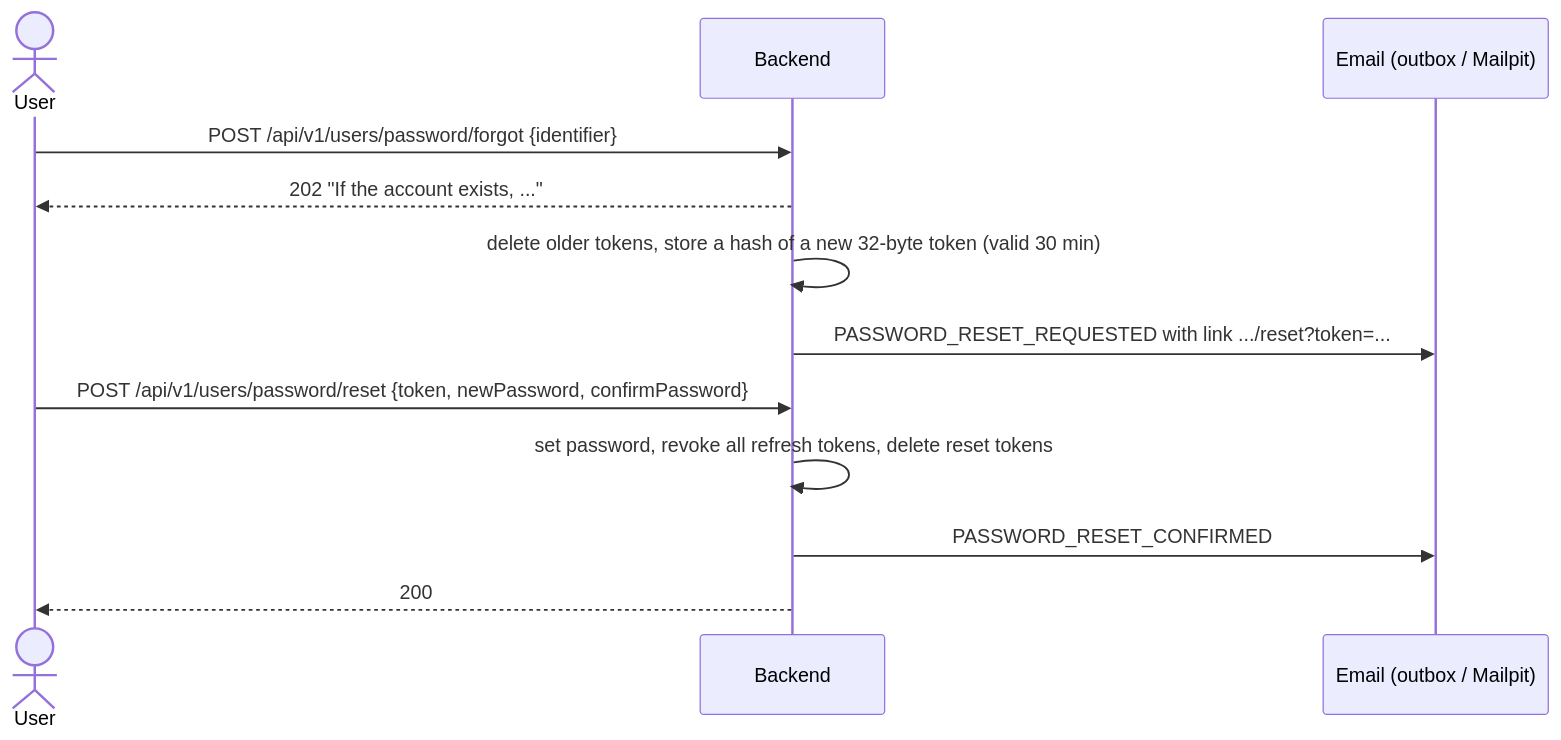
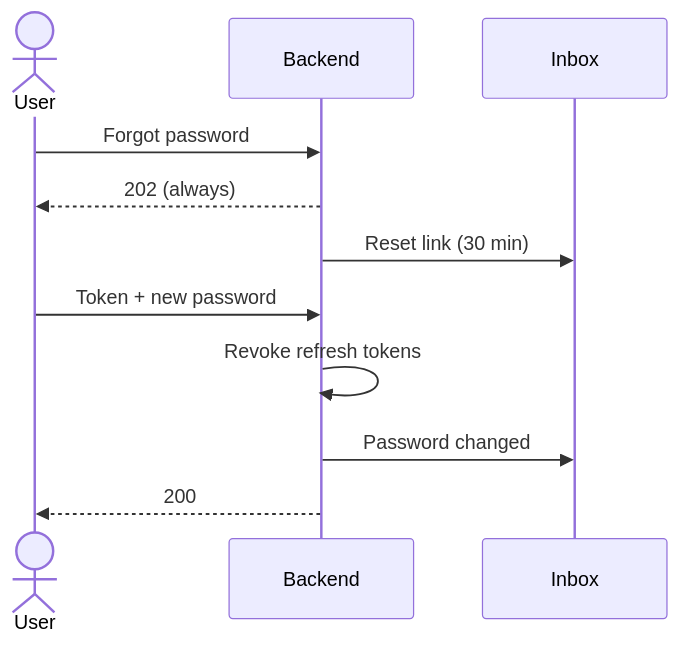
The fourth of 5 diagrams in docs-site/docs/flows/accounts.md (slawekradzyminski/awesome-localstack), drawn with Mermaid before and after one commit. The commit also changed other lines of this file and 27 other files, not shown here.

First line of the commit message:
Fix unrendered wiki diagrams and make every diagram readable

````diff
--- a/docs-site/docs/flows/accounts.md
+++ b/docs-site/docs/flows/accounts.md
@@ -102,14 +100,13 @@
 ```mermaid
 sequenceDiagram
     actor U as User
     participant B as Backend
-    participant M as Email (outbox / Mailpit)
-    U->>B: POST /api/v1/users/password/forgot {identifier}
-    B-->>U: 202 "If the account exists, ..."
-    B->>B: delete older tokens, store a hash of a new 32-byte token (valid 30 min)
-    B->>M: PASSWORD_RESET_REQUESTED with link .../reset?token=...
-    U->>B: POST /api/v1/users/password/reset {token, newPassword, confirmPassword}
-    B->>B: set password, revoke all refresh tokens, delete reset tokens
-    B->>M: PASSWORD_RESET_CONFIRMED
+    participant M as Inbox
+    U->>B: Forgot password
+    B-->>U: 202 (always)
+    B->>M: Reset link (30 min)
+    U->>B: Token + new password
+    B->>B: Revoke refresh tokens
+    B->>M: Password changed
     B-->>U: 200
 ```
````
